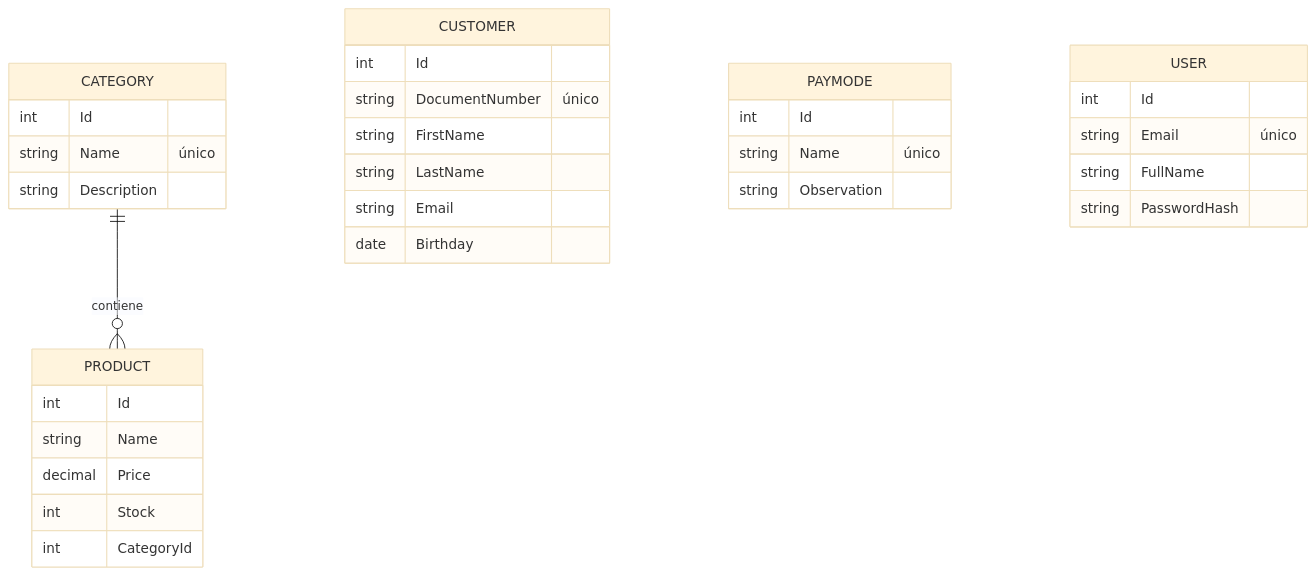
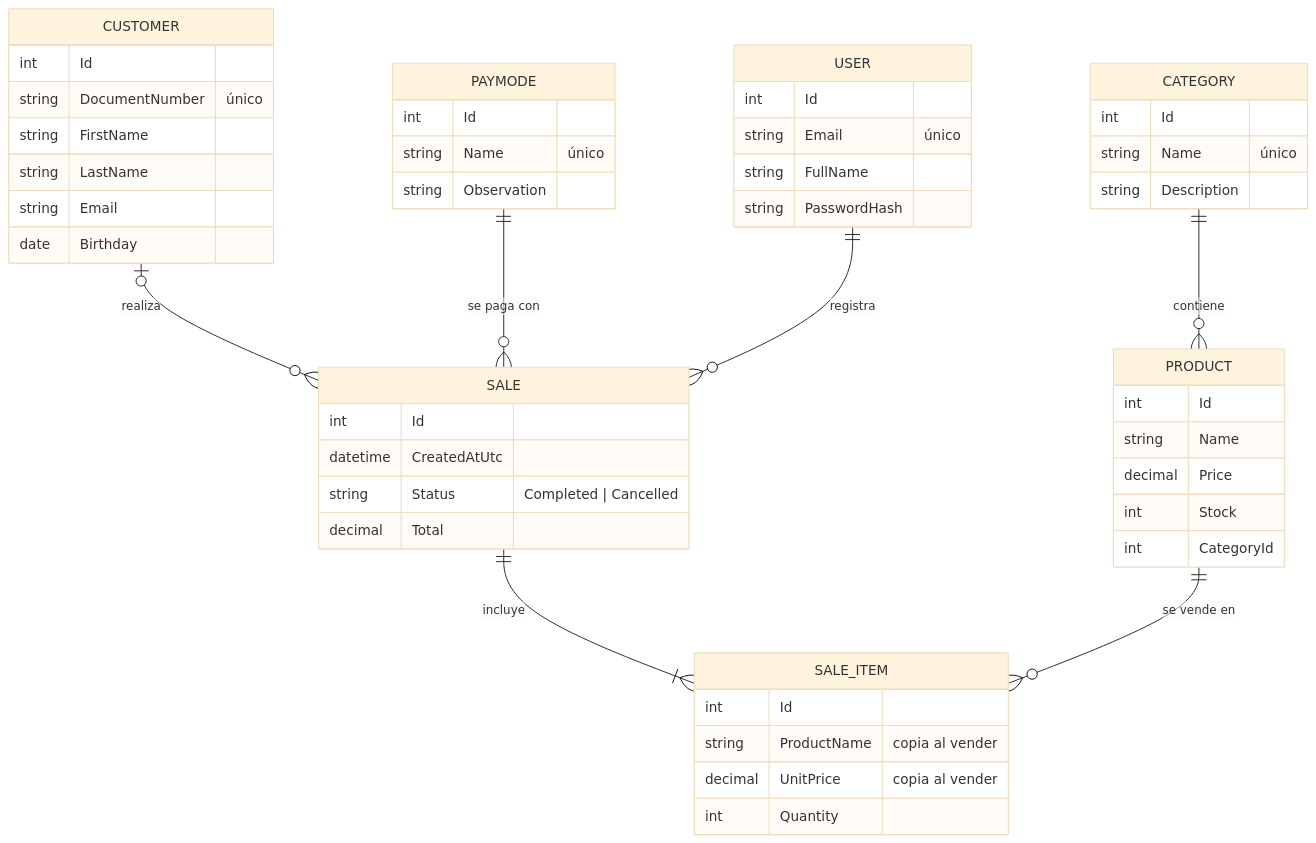
One commit to zemogc/SupermarketWEB changed the diagram in README.md. Above: the diagram before and after it, drawn with Mermaid (base theme). The commit also changed other lines of this file, not shown here.

Commit message:
docs: documentar el módulo de ventas en el README

````diff
--- a/README.md
+++ b/README.md
@@ -69,35 +71,52 @@
 ```mermaid
 erDiagram
     CATEGORY ||--o{ PRODUCT : contiene
+    SALE ||--|{ SALE_ITEM : incluye
+    PRODUCT ||--o{ SALE_ITEM : "se vende en"
+    CUSTOMER |o--o{ SALE : realiza
+    PAYMODE ||--o{ SALE : "se paga con"
+    USER ||--o{ SALE : registra
+    SALE {
+        int Id
+        datetime CreatedAtUtc
+        string Status "Completed | Cancelled"
+        decimal Total
+    }
+    SALE_ITEM {
+        int Id
+        string ProductName "copia al vender"
+        decimal UnitPrice "copia al vender"
+        int Quantity
+    }
     CATEGORY {
         int Id
         string Name "único"
         string Description
     }
     PRODUCT {
         int Id
         string Name
         decimal Price
         int Stock
         int CategoryId
     }
     CUSTOMER {
         int Id
         string DocumentNumber "único"
         string FirstName
         string LastName
         string Email
         date Birthday
     }
     PAYMODE {
         int Id
         string Name "único"
         string Observation
     }
     USER {
         int Id
         string Email "único"
         string FullName
         string PasswordHash
     }
 ```
````
